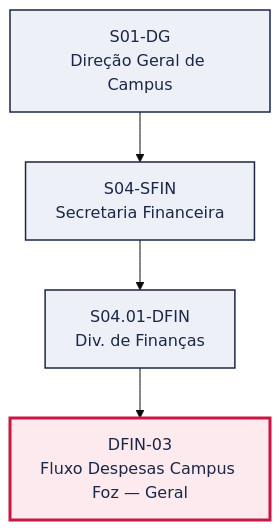
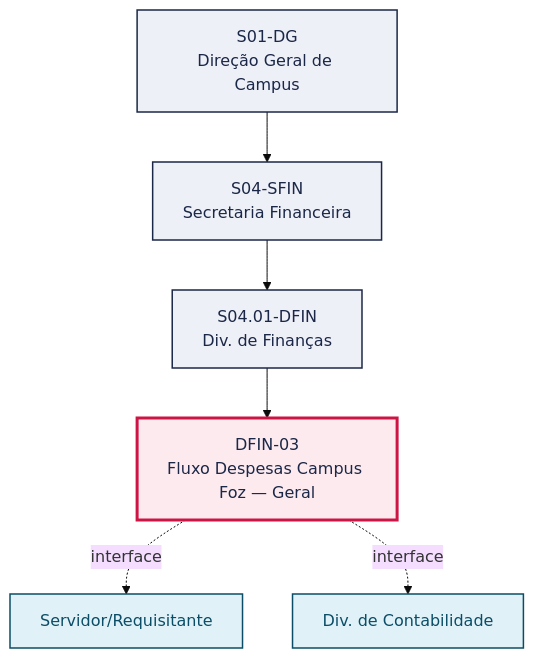
One commit to jessefers/canvas-vivo-atdg changed the first of 2 diagrams in pops/DFIN/DFIN-03.md. Above: the diagram before and after it, drawn with Mermaid (base theme). The commit also changed other lines of this file and 95 other files, not shown here.

````diff
--- a/pops/DFIN/DFIN-03.md
+++ b/pops/DFIN/DFIN-03.md
@@ -49,15 +55,20 @@
 ```mermaid
 graph TD
   S01_DG["S01-DG<br/>Direção Geral de Campus"]
   S04_SFIN["S04-SFIN<br/>Secretaria Financeira"]
   S01_DG --> S04_SFIN
   S04_01_DFIN["S04.01-DFIN<br/>Div. de Finanças"]
   S04_SFIN --> S04_01_DFIN
   P["DFIN-03<br/>Fluxo Despesas Campus Foz — Geral"]
   S04_01_DFIN --> P
+  V1["Servidor/Requisitante"]
+  P -. interface .-> V1
+  V2["Div. de Contabilidade"]
+  P -. interface .-> V2
   classDef setor fill:#EEF0F7,stroke:#1B2747,stroke-width:1.5px,color:#1B2747
   classDef destaque fill:#FDEAEE,stroke:#CC1544,stroke-width:3px,color:#1B2747
   classDef vizinho fill:#E0F2F8,stroke:#0B4D66,stroke-width:1.5px,color:#0B4D66
   class S01_DG,S04_SFIN,S04_01_DFIN setor
   class P destaque
+  class V1,V2 vizinho
 ```
````
